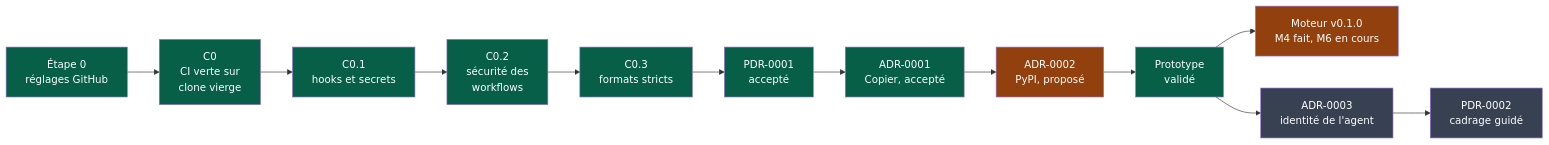
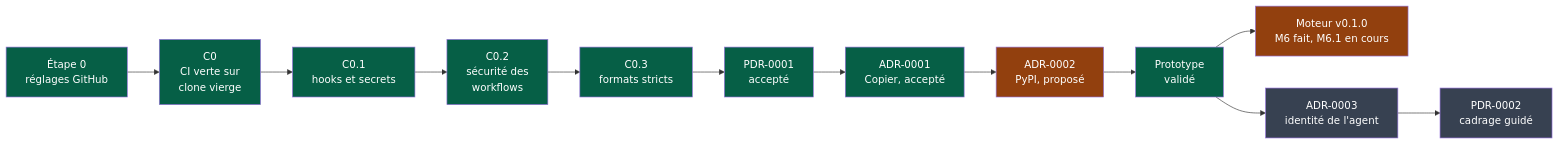
The first of 2 diagrams in docs/governance/chantiers.md (NapkinStack/engineering-os), drawn with Mermaid before and after one commit. The commit also changed other lines of this file and 10 other files, not shown here.

````diff
--- a/docs/governance/chantiers.md
+++ b/docs/governance/chantiers.md
@@ -10,19 +10,19 @@
 ```mermaid
 flowchart LR
     S0["Étape 0<br/>réglages GitHub"]:::fait --> C0["C0<br/>CI verte sur<br/>clone vierge"]:::fait
     C0 --> C01["C0.1<br/>hooks et secrets"]:::fait
     C01 --> C02["C0.2<br/>sécurité des<br/>workflows"]:::fait
     C02 --> C03["C0.3<br/>formats stricts"]:::fait
     C03 --> PDR["PDR-0001<br/>accepté"]:::fait
     PDR --> A1["ADR-0001<br/>Copier, accepté"]:::fait
     A1 --> A2["ADR-0002<br/>PyPI, proposé"]:::partiel
     A2 --> PT["Prototype<br/>validé"]:::fait
-    PT --> RP["Moteur v0.1.0<br/>M4 fait, M6 en cours"]:::partiel
+    PT --> RP["Moteur v0.1.0<br/>M6 fait, M6.1 en cours"]:::partiel
     PT --> A3["ADR-0003<br/>identité de l'agent"]:::afaire
     A3 --> P2["PDR-0002<br/>cadrage guidé"]:::afaire
 
     classDef fait fill:#065f46,color:#fff
     classDef partiel fill:#92400e,color:#fff
     classDef afaire fill:#374151,color:#fff
     classDef bloque fill:#7c2d12,color:#fff
 ```
````
